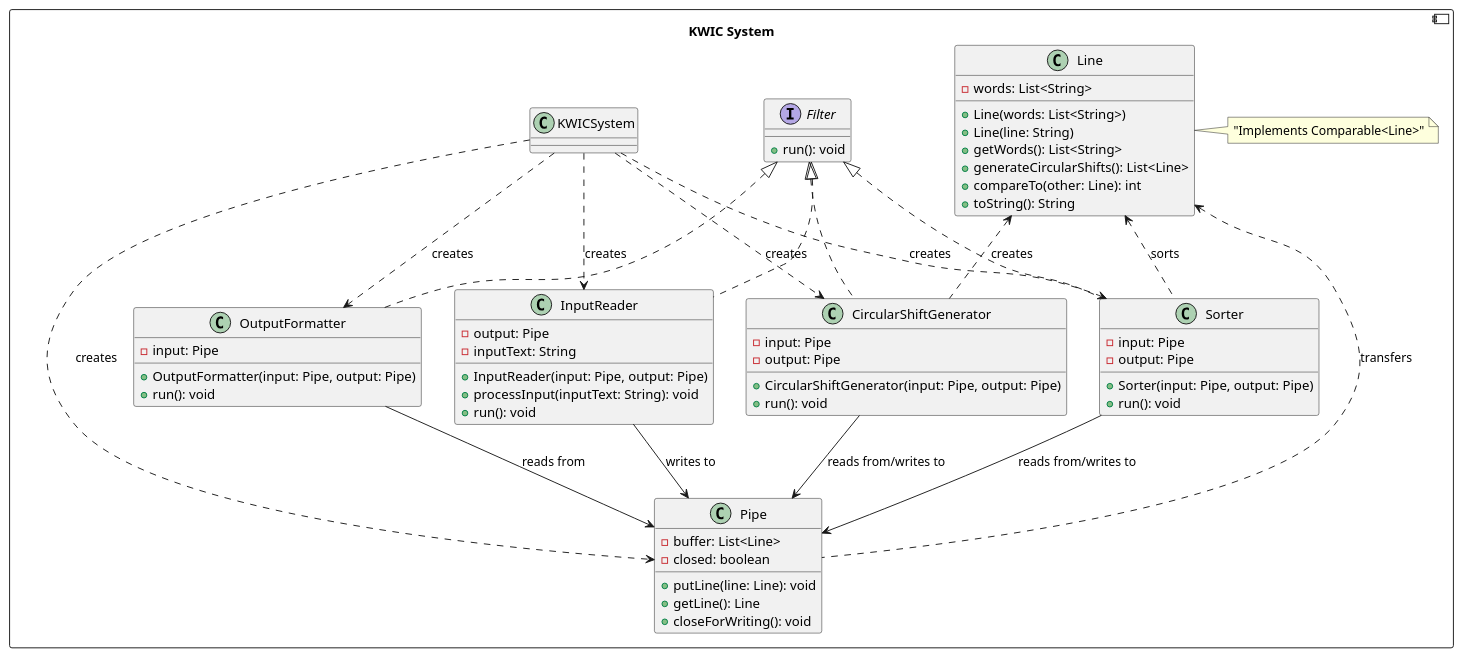
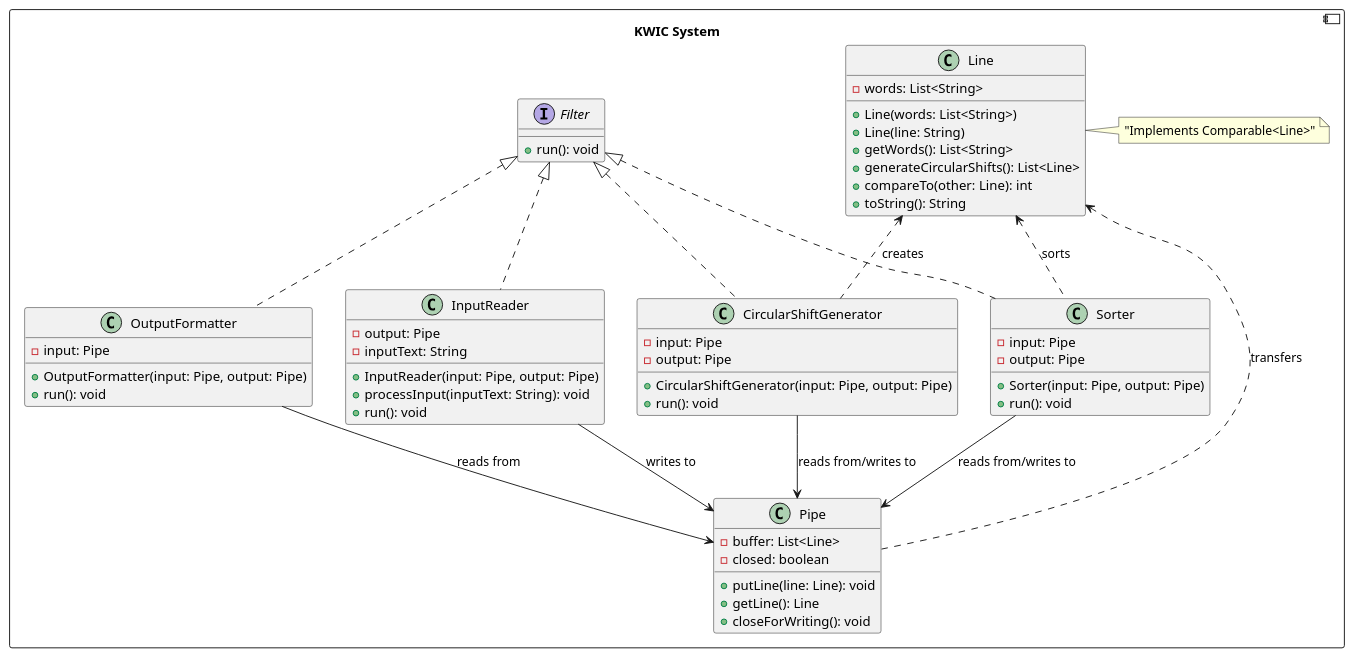
Before and after one commit to zenOfBass/SAD-Assignment-3-II: the diagram in kwic_class.puml, drawn with PlantUML.

Commit message:
clean uml

```diff
--- a/kwic_class.puml
+++ b/kwic_class.puml
@@ -1,76 +1,70 @@
 @startuml
 component "KWIC System" {
 
 interface Filter {
   +run(): void
 }
 
 class Pipe {
   -buffer: List<Line>
   -closed: boolean
   +putLine(line: Line): void
   +getLine(): Line
   +closeForWriting(): void
 }
 
 class Line {
   -words: List<String>
   +Line(words: List<String>)
   +Line(line: String)
   +getWords(): List<String>
   +generateCircularShifts(): List<Line>
   +compareTo(other: Line): int
   +toString(): String
 }
 
 class InputReader {
   -output: Pipe
   -inputText: String
   +InputReader(input: Pipe, output: Pipe)
   +processInput(inputText: String): void
   +run(): void
 }
 
 class CircularShiftGenerator {
   -input: Pipe
   -output: Pipe
   +CircularShiftGenerator(input: Pipe, output: Pipe)
   +run(): void
 }
 
 class Sorter {
   -input: Pipe
   -output: Pipe
   +Sorter(input: Pipe, output: Pipe)
   +run(): void
 }
 
 class OutputFormatter {
   -input: Pipe
   +OutputFormatter(input: Pipe, output: Pipe)
   +run(): void
 }
 
 Filter <|.. InputReader
 Filter <|.. CircularShiftGenerator
 Filter <|.. Sorter
 Filter <|.. OutputFormatter
 
 Line <.. CircularShiftGenerator: creates
 Line <.. Sorter: sorts
 Line <.. Pipe: transfers
 
-KWICSystem ..> InputReader: creates
-KWICSystem ..> CircularShiftGenerator: creates
-KWICSystem ..> Sorter: creates
-KWICSystem ..> OutputFormatter: creates
-KWICSystem ..> Pipe: creates
-
 InputReader --> Pipe: writes to
 CircularShiftGenerator --> Pipe: reads from/writes to
 Sorter --> Pipe: reads from/writes to
 OutputFormatter --> Pipe: reads from
 
 note right of Line: "Implements Comparable<Line>"
 }
 @enduml
```
